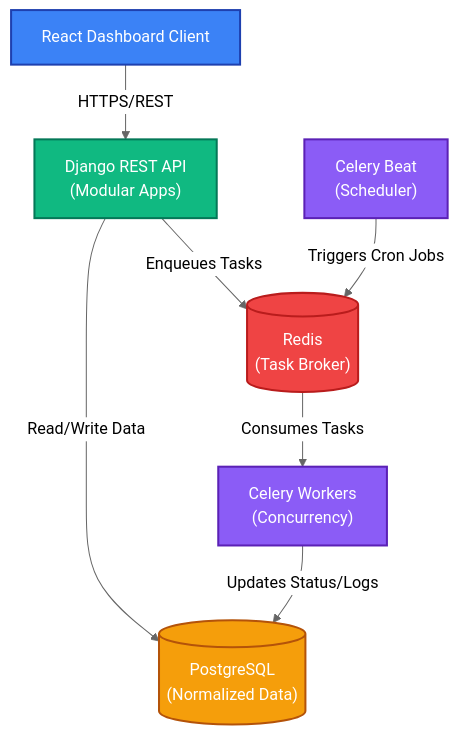
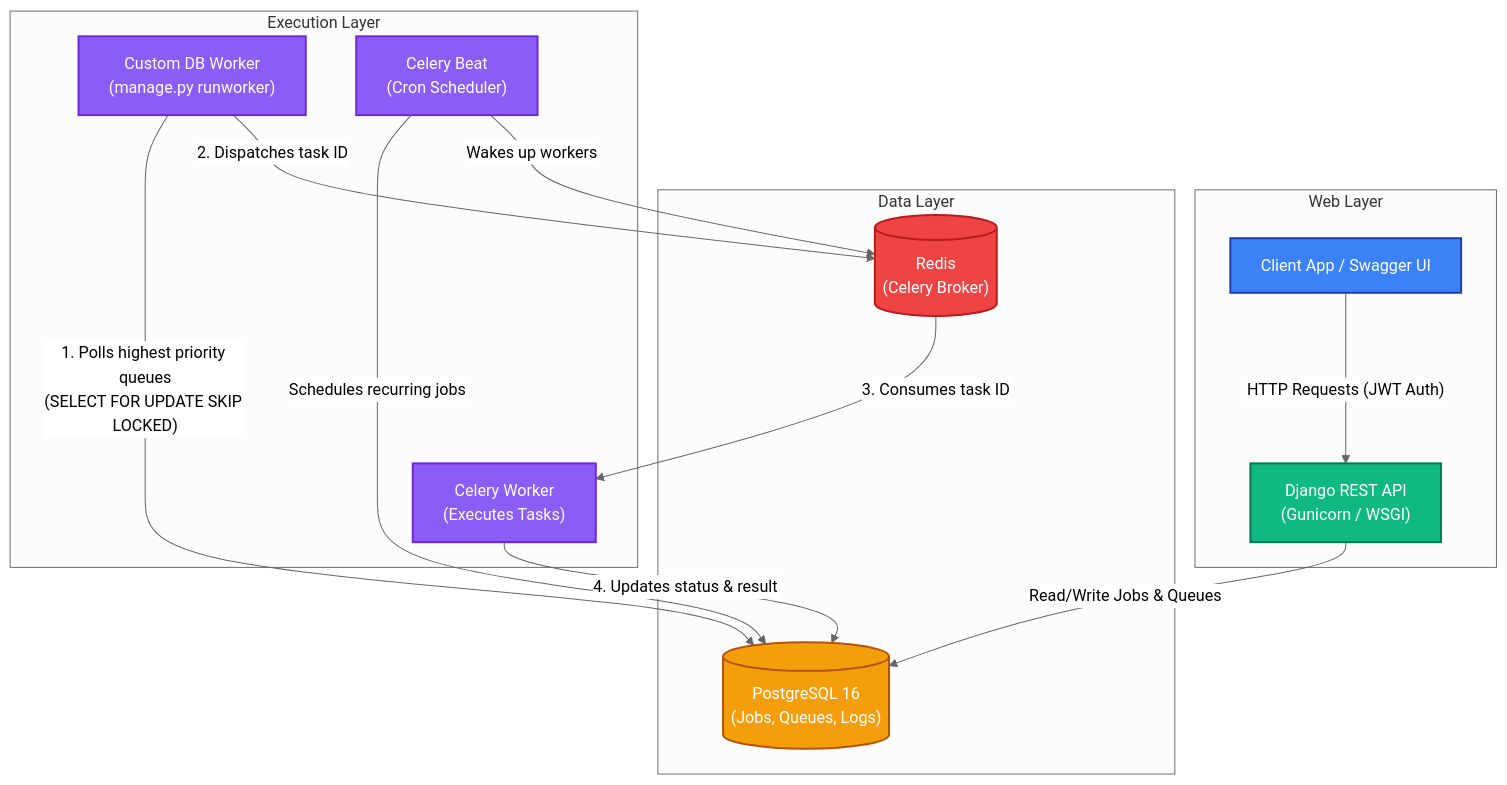
One commit to RajivRa12/Codity.AI-Tech-Assignment changed the diagram in ARCHITECTURE.md. Above: the diagram before and after it, drawn with Mermaid (neutral theme). The commit also changed other lines of this file, not shown here.

Commit message:
Update detailed architecture diagram

````diff
--- a/ARCHITECTURE.md
+++ b/ARCHITECTURE.md
@@ -5,25 +5,51 @@
 ```mermaid
 flowchart TD
-    %% Define Node Colors and Styles
+    %% Define Styles
     classDef client fill:#3b82f6,stroke:#1e40af,stroke-width:2px,color:#fff
     classDef api fill:#10b981,stroke:#047857,stroke-width:2px,color:#fff
     classDef db fill:#f59e0b,stroke:#b45309,stroke-width:2px,color:#fff
     classDef broker fill:#ef4444,stroke:#b91c1c,stroke-width:2px,color:#fff
-    classDef worker fill:#8b5cf6,stroke:#5b21b6,stroke-width:2px,color:#fff
+    classDef worker fill:#8b5cf6,stroke:#6d28d9,stroke-width:2px,color:#fff
 
     %% Nodes
-    C["React Dashboard Client"]:::client
-    API["Django REST API<br/>(Modular Apps)"]:::api
-    DB[("PostgreSQL<br/>(Normalized Data)")]:::db
-    REDIS[("Redis<br/>(Task Broker)")]:::broker
-    WORKER["Celery Workers<br/>(Concurrency)"]:::worker
-    BEAT["Celery Beat<br/>(Scheduler)"]:::worker
+    Client["Client App / Swagger UI"]:::client
+    API["Django REST API<br/>(Gunicorn / WSGI)"]:::api
+    
+    DB[("PostgreSQL 16<br/>(Jobs, Queues, Logs)")]:::db
+    Redis[("Redis<br/>(Celery Broker)")]:::broker
+    
+    CustomWorker["Custom DB Worker<br/>(manage.py runworker)"]:::worker
+    CeleryWorker["Celery Worker<br/>(Executes Tasks)"]:::worker
+    CeleryBeat["Celery Beat<br/>(Cron Scheduler)"]:::worker
 
     %% Connections
-    C -->|HTTPS/REST| API
-    API -->|Read/Write Data| DB
-    API -->|Enqueues Tasks| REDIS
-    REDIS -->|Consumes Tasks| WORKER
-    WORKER -->|Updates Status/Logs| DB
-    BEAT -->|Triggers Cron Jobs| REDIS
+    Client -- "HTTP Requests (JWT Auth)" --> API
+    
+    API -- "Read/Write Jobs & Queues" --> DB
+    
+    CustomWorker -- "1. Polls highest priority queues<br/>(SELECT FOR UPDATE SKIP LOCKED)" --> DB
+    CustomWorker -- "2. Dispatches task ID" --> Redis
+    
+    CeleryBeat -- "Schedules recurring jobs" --> DB
+    CeleryBeat -- "Wakes up workers" --> Redis
+    
+    Redis -- "3. Consumes task ID" --> CeleryWorker
+    CeleryWorker -- "4. Updates status & result" --> DB
+    
+    %% Subgraphs for organization
+    subgraph "Web Layer"
+        Client
+        API
+    end
+    
+    subgraph "Data Layer"
+        DB
+        Redis
+    end
+    
+    subgraph "Execution Layer"
+        CustomWorker
+        CeleryWorker
+        CeleryBeat
+    end
 ```
````
